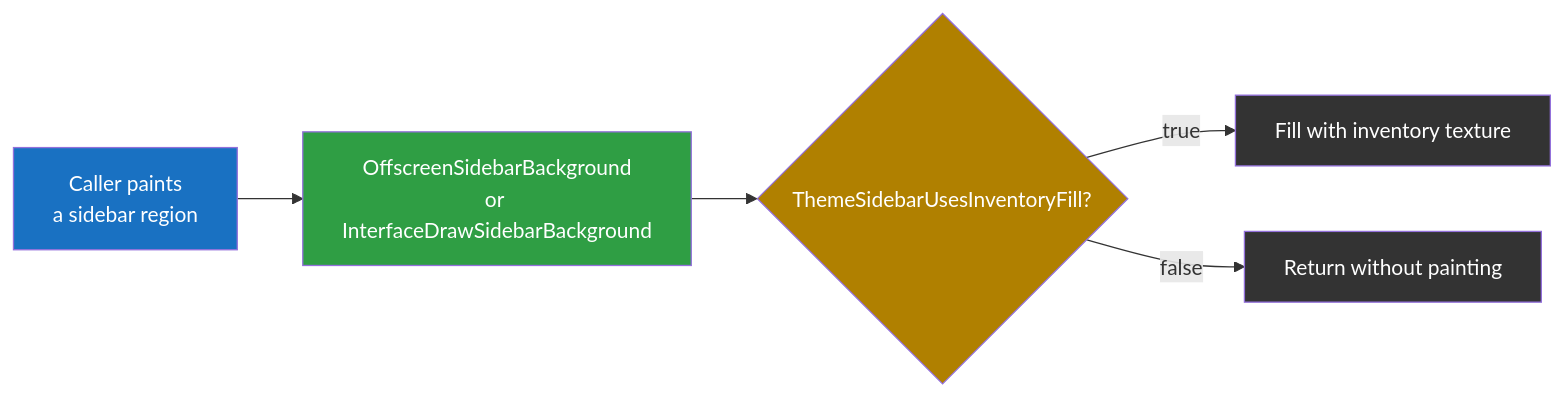
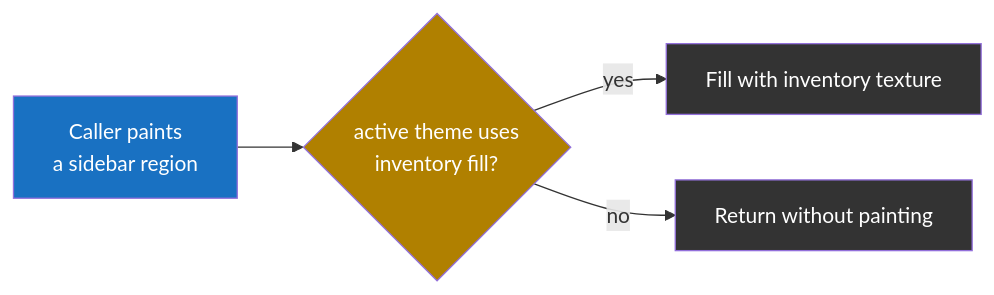
One commit to Meridian59/Meridian59 changed the first of 2 diagrams in docs/themes.md. Above: the diagram before and after it, drawn with Mermaid. The commit also changed other lines of this file, not shown here.

````diff
--- a/docs/themes.md
+++ b/docs/themes.md
@@ -53,13 +44,11 @@
 ```mermaid
 flowchart LR
-    A[Caller paints<br/>a sidebar region] --> P[OffscreenSidebarBackground<br/>or InterfaceDrawSidebarBackground]
-    P --> Q{ThemeSidebarUsesInventoryFill?}
-    Q -->|true| F[Fill with inventory texture]
-    Q -->|false| D[Return without painting]
+    A[Caller paints<br/>a sidebar region] --> Q{active theme uses<br/>inventory fill?}
+    Q -->|yes| F[Fill with inventory texture]
+    Q -->|no| D[Return without painting]
 
     style A fill:#1971c2,color:#fff
-    style P fill:#2f9e44,color:#fff
     style Q fill:#b08000,color:#fff
     style F fill:#333,color:#fff
     style D fill:#333,color:#fff
 ```
````
